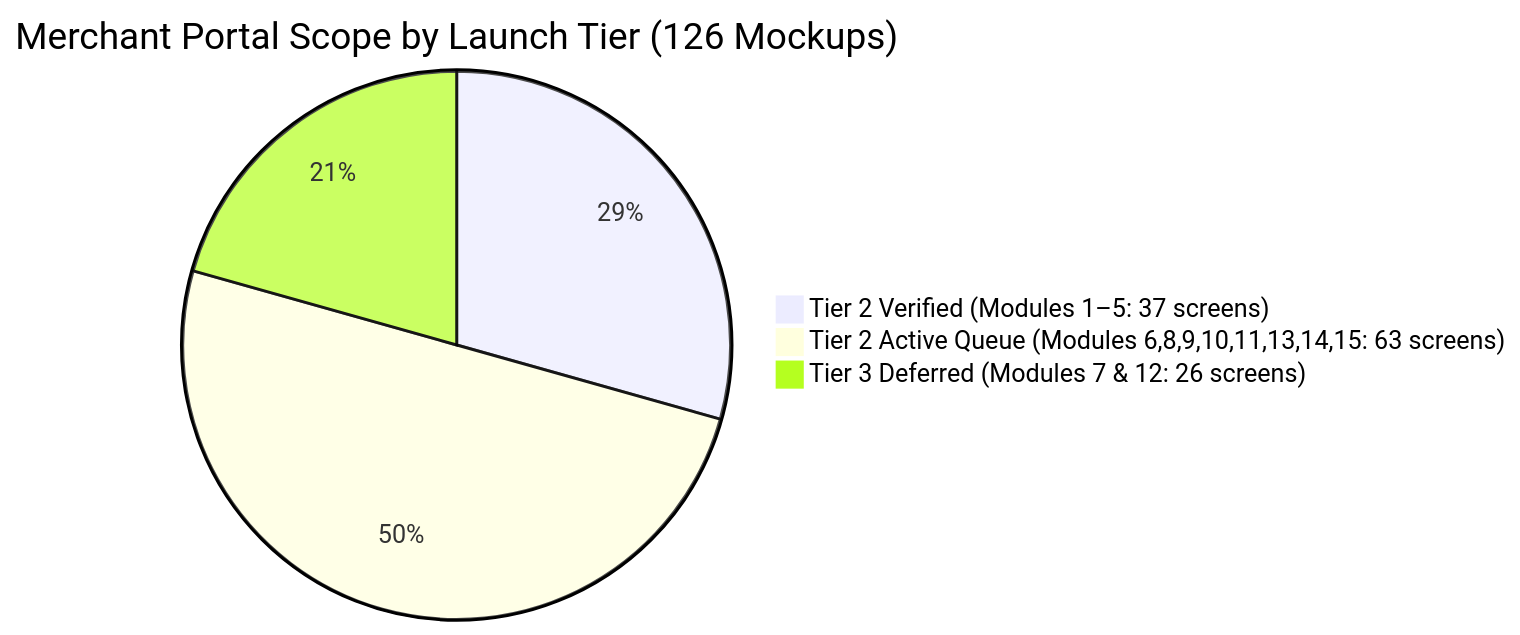
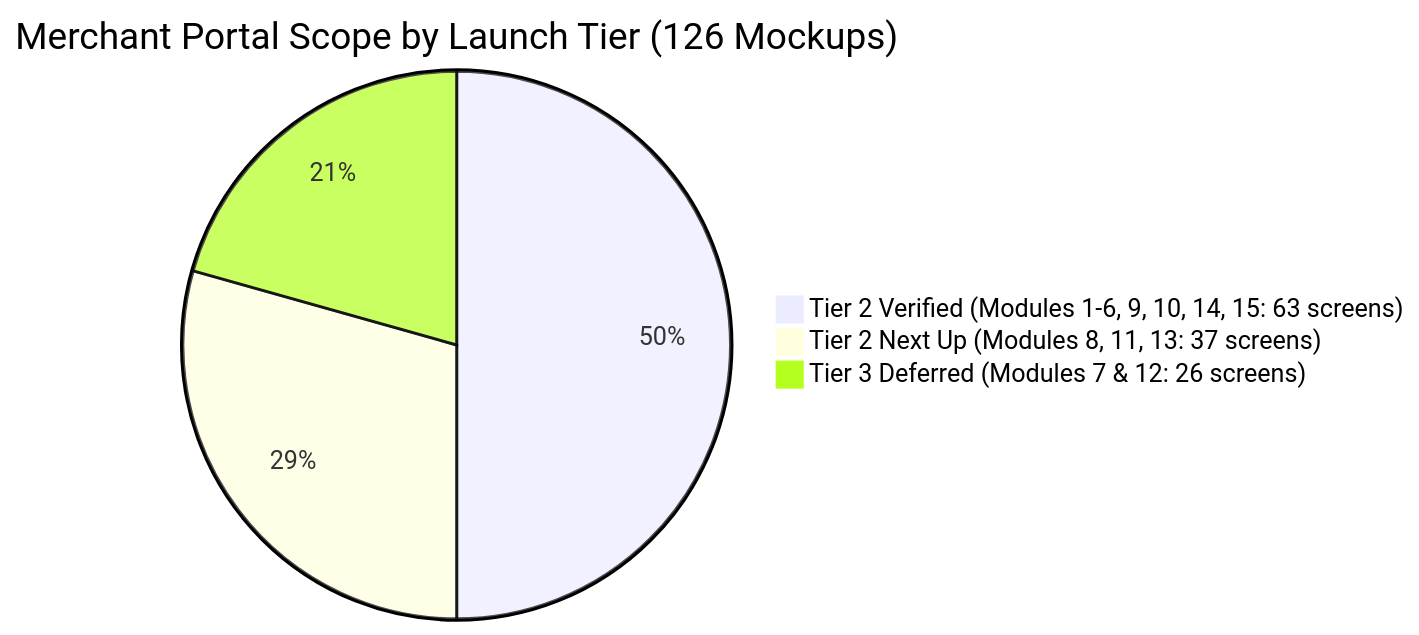
The first of 3 diagrams in merchant_web_hardening_tracker.md (UtkarshShrivastava1/qucom-platform-root), drawn with Mermaid before and after one commit. The commit also changed other lines of this file and 13 other files, not shown here.

````diff
--- a/merchant_web_hardening_tracker.md
+++ b/merchant_web_hardening_tracker.md
@@ -24,6 +24,6 @@
 ```mermaid
 pie title Merchant Portal Scope by Launch Tier (126 Mockups)
-    "Tier 2 Verified (Modules 1–5: 37 screens)" : 37
-    "Tier 2 Active Queue (Modules 6,8,9,10,11,13,14,15: 63 screens)" : 63
+    "Tier 2 Verified (Modules 1-6, 9, 10, 14, 15: 63 screens)" : 63
+    "Tier 2 Next Up (Modules 8, 11, 13: 37 screens)" : 37
     "Tier 3 Deferred (Modules 7 & 12: 26 screens)" : 26
 ```
````
